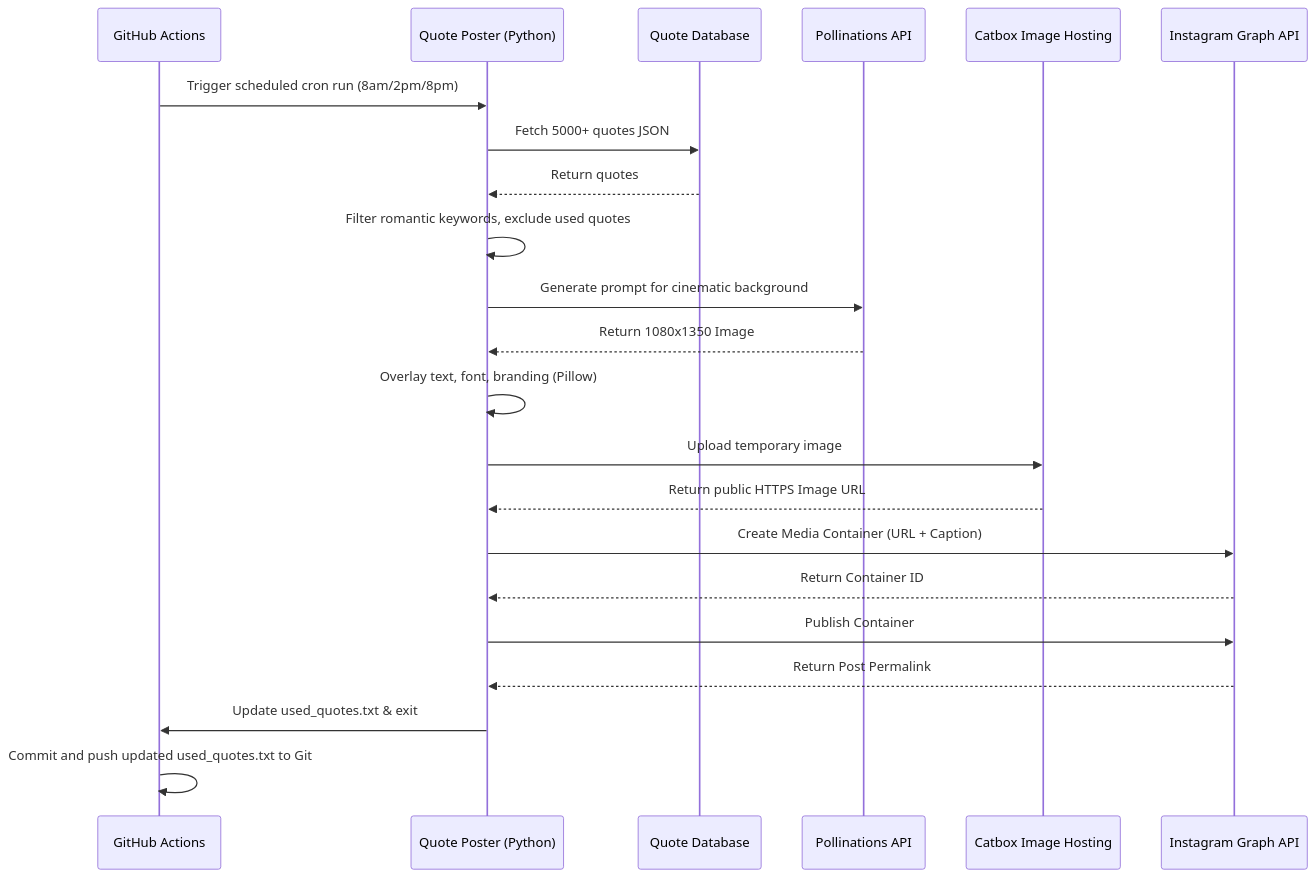
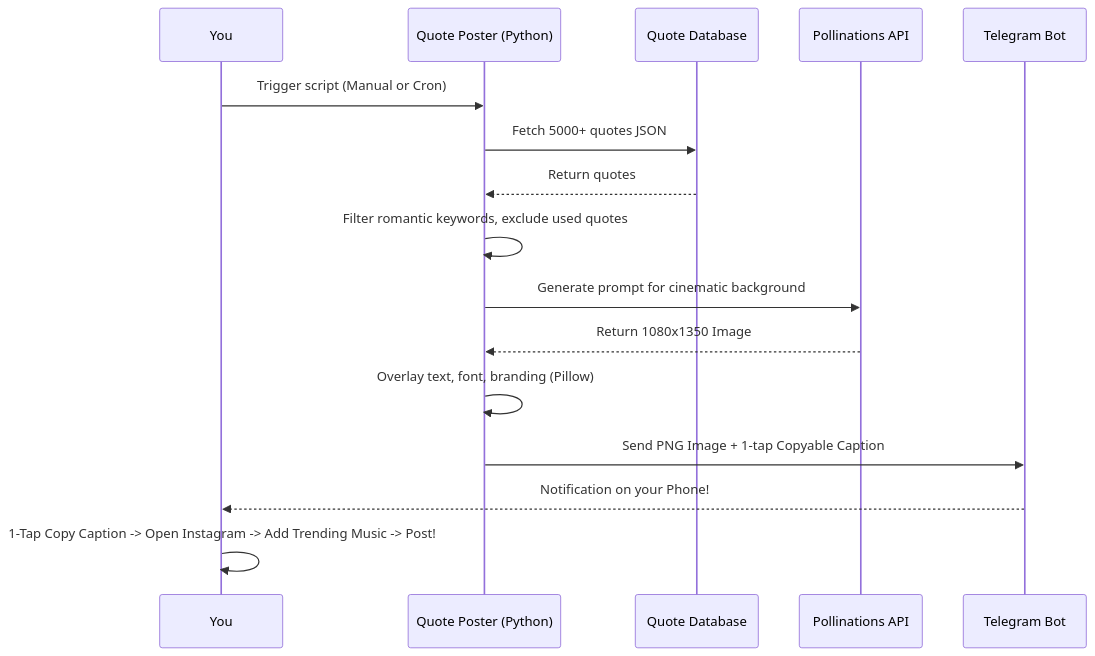
One commit to vallarasuk/Quotes-Publish changed the diagram in README.md. Above: the diagram before and after it, drawn with Mermaid. The commit also changed other lines of this file and 6 other files, not shown here.

Commit message:
feat: migrate to telegram integration for manual posting

````diff
--- a/README.md
+++ b/README.md
@@ -20,25 +19,19 @@
 ```mermaid
 sequenceDiagram
-    participant GH as GitHub Actions
+    participant User as You
     participant Py as Quote Poster (Python)
     participant DB as Quote Database
     participant AI as Pollinations API
-    participant Cat as Catbox Image Hosting
-    participant IG as Instagram Graph API
+    participant TG as Telegram Bot
 
-    GH->>Py: Trigger scheduled cron run (8am/2pm/8pm)
+    User->>Py: Trigger script (Manual or Cron)
     Py->>DB: Fetch 5000+ quotes JSON
     DB-->>Py: Return quotes
     Py->>Py: Filter romantic keywords, exclude used quotes
     Py->>AI: Generate prompt for cinematic background
     AI-->>Py: Return 1080x1350 Image
     Py->>Py: Overlay text, font, branding (Pillow)
-    Py->>Cat: Upload temporary image
-    Cat-->>Py: Return public HTTPS Image URL
-    Py->>IG: Create Media Container (URL + Caption)
-    IG-->>Py: Return Container ID
-    Py->>IG: Publish Container
-    IG-->>Py: Return Post Permalink
-    Py->>GH: Update used_quotes.txt & exit
-    GH->>GH: Commit and push updated used_quotes.txt to Git
+    Py->>TG: Send PNG Image + 1-tap Copyable Caption
+    TG-->>User: Notification on your Phone!
+    User->>User: 1-Tap Copy Caption -> Open Instagram -> Add Trending Music -> Post!
 ```
````
